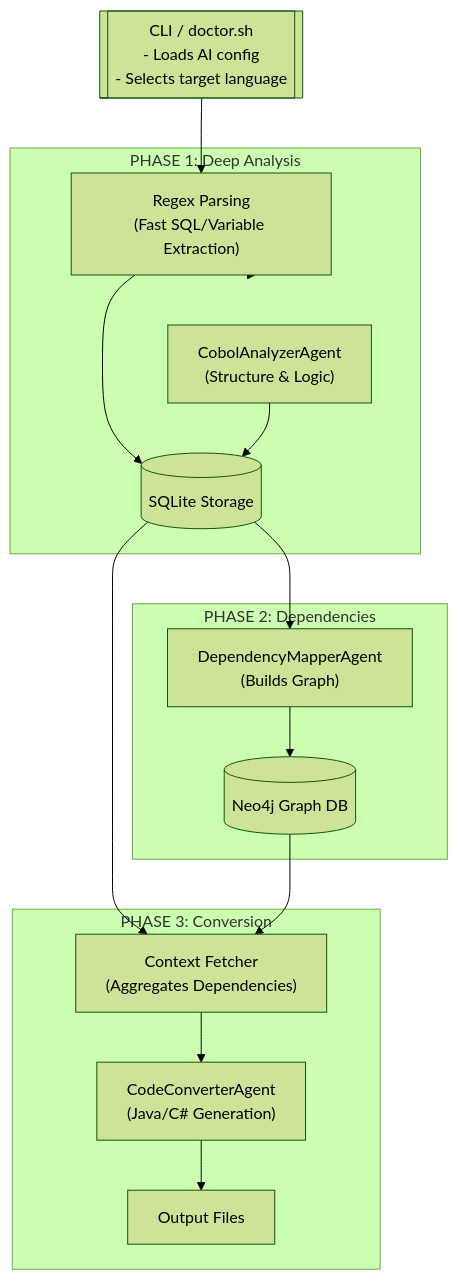
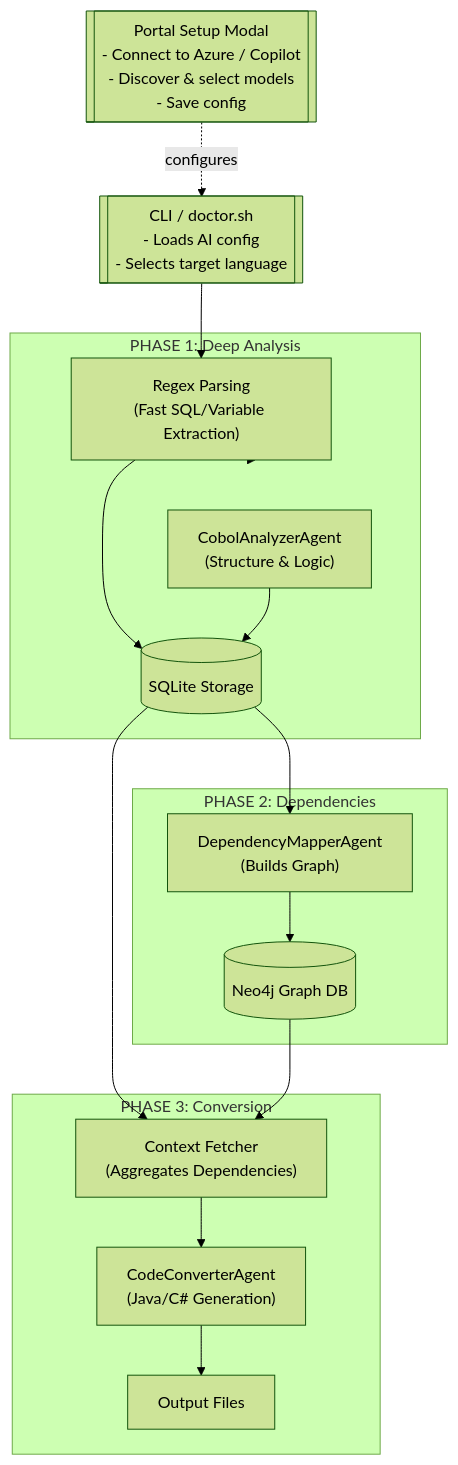
The fourth of 6 diagrams in README.md (Azure-Samples/Legacy-Modernization-Agents), drawn with Mermaid (forest theme) before and after one commit. The commit also changed other lines of this file and 29 other files, not shown here.

First line of the commit message:
feat: portal-based AI provider setup with model discovery

````diff
--- a/README.md
+++ b/README.md
@@ -749,35 +765,37 @@
 ```mermaid
 flowchart TD
   CLI[["CLI / doctor.sh\n- Loads AI config\n- Selects target language"]]
+  PORTAL_SETUP[["Portal Setup Modal\n- Connect to Azure / Copilot\n- Discover & select models\n- Save config"]]
   
   subgraph ANALYZE_PHASE["PHASE 1: Deep Analysis"]
       REGEX["Regex Parsing\n(Fast SQL/Variable Extraction)"]
       ANALYZER["CobolAnalyzerAgent\n(Structure & Logic)"]
       SQLITE[("SQLite Storage")]
   end
   
   subgraph DEPENDENCY_PHASE["PHASE 2: Dependencies"]
       MAPPER["DependencyMapperAgent\n(Builds Graph)"]
       NEO4J[("Neo4j Graph DB")]
   end
   
   subgraph CONVERT_PHASE["PHASE 3: Conversion"]
       FETCHER["Context Fetcher\n(Aggregates Dependencies)"]
       CONVERTER["CodeConverterAgent\n(Java/C# Generation)"]
       OUTPUT["Output Files"]
   end
 
   CLI --> REGEX
+  PORTAL_SETUP -.->|configures| CLI
   REGEX --> SQLITE
   REGEX --> ANALYZE_PHASE
   
   ANALYZER --> SQLITE
   
   SQLITE --> MAPPER
   MAPPER --> NEO4J
   
   SQLITE --> FETCHER
   NEO4J --> FETCHER
   FETCHER --> CONVERTER
   CONVERTER --> OUTPUT
 ```
````
